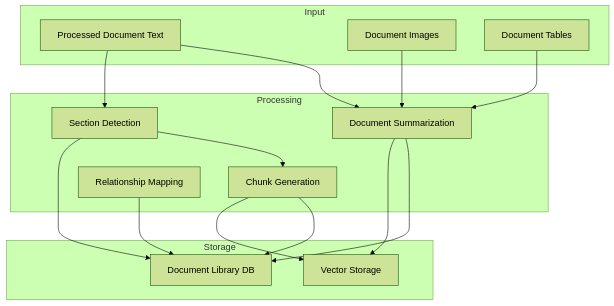
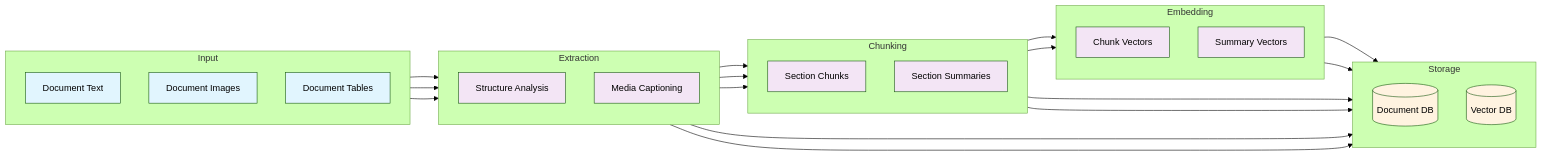
One commit to NicholasGrundl/ragnostic changed the first of 2 diagrams in llm/2b_Semantic_Chunking.md. Above: the diagram before and after it, drawn with Mermaid (forest theme). The commit also changed other lines of this file and 1 other file, not shown here.

Commit message:
feat: working on chunking doc

````diff
--- a/llm/2b_Semantic_Chunking.md
+++ b/llm/2b_Semantic_Chunking.md
@@ -14,35 +16,58 @@
 ```mermaid
-flowchart TB
-    subgraph Input
-        A[Processed Document Text]
-        B[Document Images]
-        C[Document Tables]
+flowchart LR
+    %% Define subgraphs with clear left-to-right flow
+    subgraph input[Input]
+        direction TB
+        docText[Document Text]
+        docImg[Document Images]
+        docTable[Document Tables]
     end
 
-    subgraph Processing
-        D[Document Summarization]
-        E[Section Detection]
-        F[Chunk Generation]
-        G[Relationship Mapping]
+    subgraph stage1[Extraction]
+        direction TB
+        struct[Structure Analysis]
+        caption[Media Captioning]
     end
 
-    subgraph Storage
-        H[Document Library DB]
-        I[Vector Storage]
+    subgraph stage2[Chunking]
+        direction TB
+        chunks[Section Chunks]
+        summaries[Section Summaries]
     end
 
-    A --> D
-    B --> D
-    C --> D
+    subgraph stage3[Embedding]
+        direction TB
+        chunkEmbed[Chunk Vectors]
+        sumEmbed[Summary Vectors]
+    end
+
+    subgraph storage[Storage]
+        direction TB
+        docDB[(Document DB)]
+        vecDB[(Vector DB)]
+    end
+
+    %% Define connections with minimal crossing
+    docText --> struct
+    docImg & docTable --> caption
     
-    A --> E
-    E --> F
+    struct --> chunks
+    struct --> summaries
+    caption --> summaries
     
-    D --> H
-    E --> H
-    F --> H
-    G --> H
+    chunks --> chunkEmbed
+    summaries --> sumEmbed
     
-    F --> I
-    D --> I
+    struct & caption & chunks & summaries --> docDB
+    chunkEmbed & sumEmbed --> vecDB
+
+    %% Styling
+    classDef default fill:#f9f9f9,color:#000000,stroke-width:1px
+    classDef input fill:#e1f5fe,color:#000000
+    classDef stage fill:#f3e5f5,color:#000000
+    classDef storage fill:#fff3e0,color:#000000
+    
+    class docText,docImg,docTable input
+    class struct,caption,chunks,summaries,chunkEmbed,sumEmbed stage
+    class docDB,vecDB storage
 ```
````
